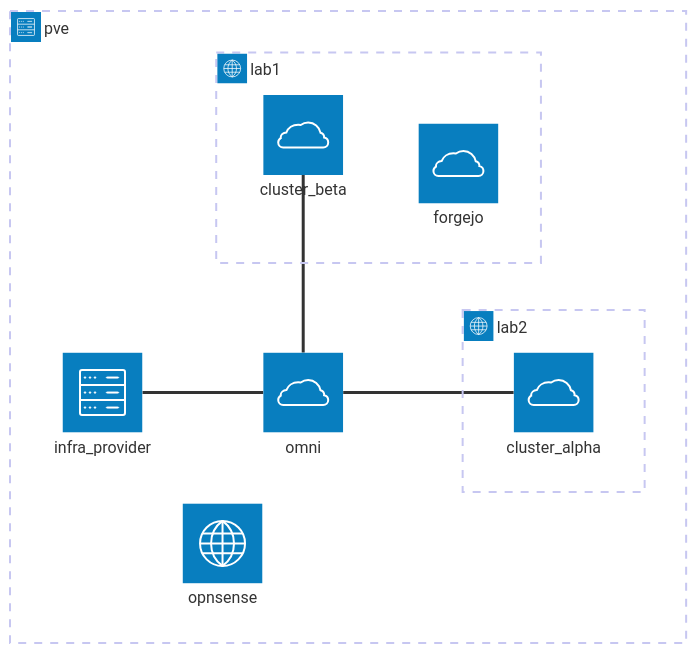
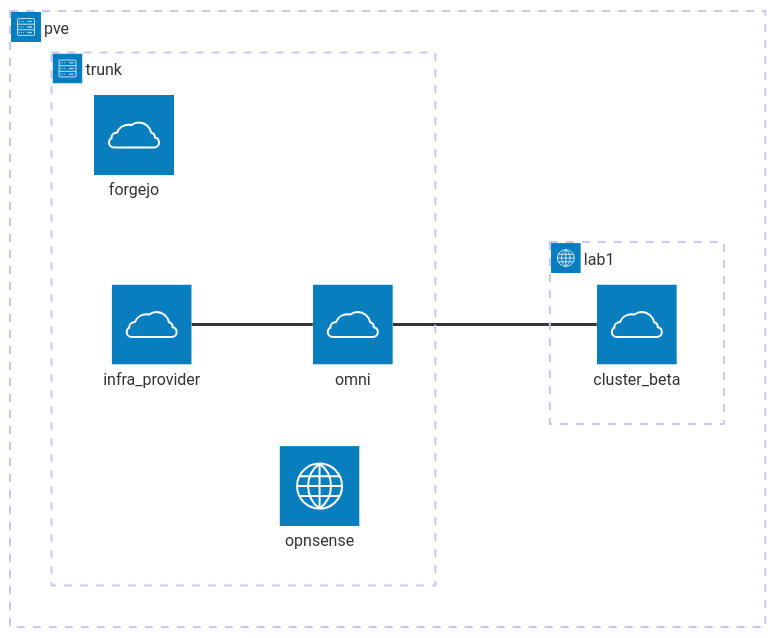
One commit to konstaka/homelab changed the diagram in README.md. Above: the diagram before and after it, drawn with Mermaid. The commit also changed other lines of this file, not shown here.

Commit message:
update readme to reflect one cluster

````diff
--- a/README.md
+++ b/README.md
@@ -29,19 +31,18 @@
 ```mermaid
 architecture-beta
     group pve(server)[pve]
-    group lab2(internet)[lab2] in pve
+    group trunk(server)[trunk] in pve
+
+    service opnsense(internet)[opnsense] in trunk
+
+    service infra_provider(cloud)[infra_provider] in trunk
+    service omni(cloud)[omni] in trunk
+    service forgejo(cloud)[forgejo] in trunk
+
     group lab1(internet)[lab1] in pve
 
-    service opnsense(internet)[opnsense] in pve
-
-    service infra_provider(server)[infra_provider] in pve
-    service omni(cloud)[omni] in pve
-
-    service cluster_alpha(cloud)[cluster_alpha] in lab2
     service cluster_beta(cloud)[cluster_beta] in lab1
-    service forgejo(cloud)[forgejo] in lab1
 
     infra_provider:R -- L:omni
-    omni:T -- B:cluster_beta
-    omni:R -- L:cluster_alpha
+    omni:R -- L:cluster_beta
 ```
````
